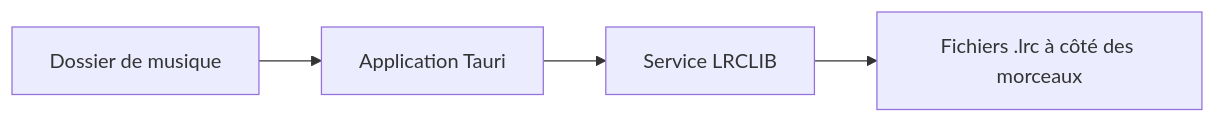
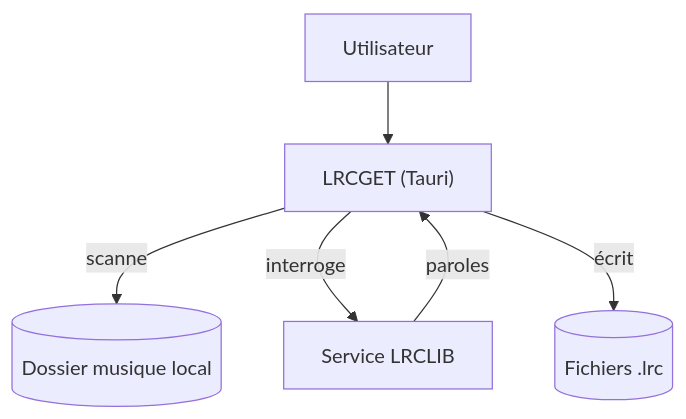
The diagram in veille/.data/fiches/tranxuanthang__lrcget.md (floSa/Veille-Repo), drawn with Mermaid before and after one commit. The commit also changed other lines of this file and 1330 other files, not shown here.

First line of the commit message:
Mise à jour du catalogue : 7723 fiches, 7291 diagrammes

````diff
--- a/veille/.data/fiches/tranxuanthang__lrcget.md
+++ b/veille/.data/fiches/tranxuanthang__lrcget.md
@@ -29,6 +28,8 @@
 ```mermaid
-graph LR
-  A["Dossier de musique"] --> B["Application Tauri"]
-  B --> C["Service LRCLIB"]
-  C --> D["Fichiers .lrc à côté des morceaux"]
+flowchart TD
+  user["Utilisateur"] --> app["LRCGET (Tauri)"]
+  app -->|scanne| library[("Dossier musique local")]
+  app -->|interroge| lrclib["Service LRCLIB"]
+  lrclib -->|paroles| app
+  app -->|écrit| lrcfiles[("Fichiers .lrc")]
 ```
````
